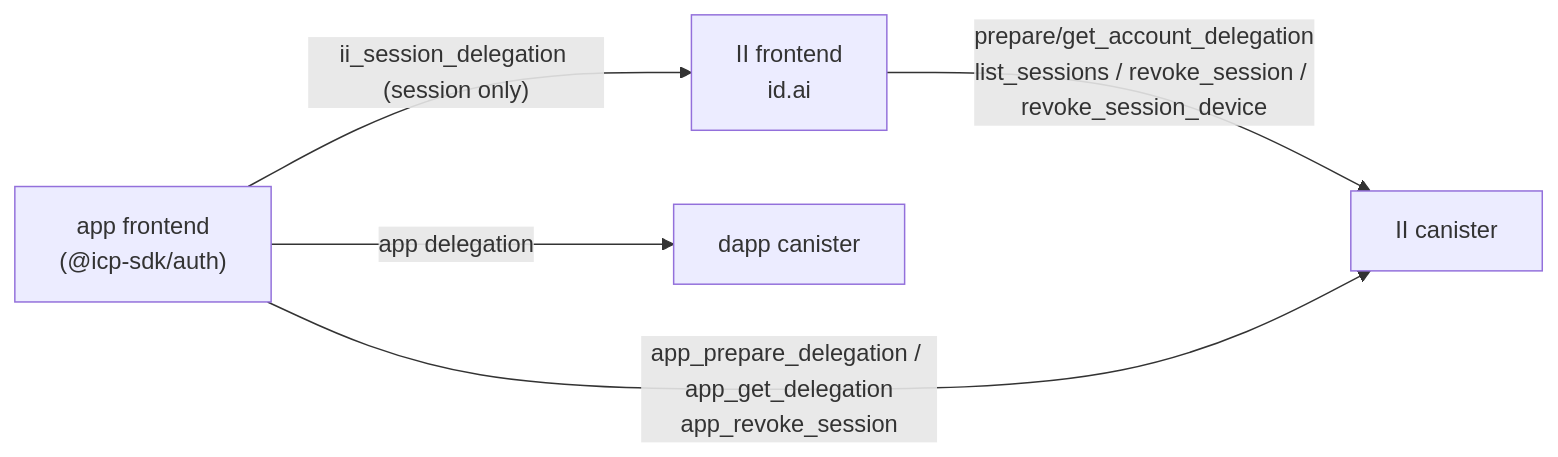
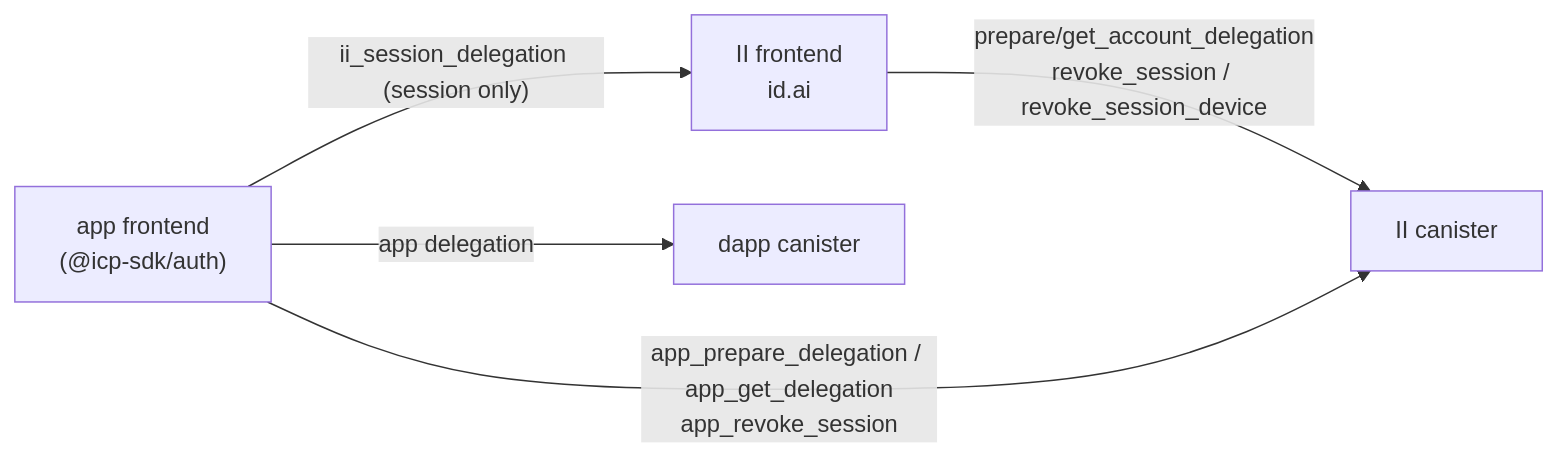
One commit to dfinity/internet-identity changed the first of 7 diagrams in docs/ongoing/revocable-app-sessions.md. Above: the diagram before and after it, drawn with Mermaid. The commit also changed other lines of this file, not shown here.

````diff
--- a/docs/ongoing/revocable-app-sessions.md
+++ b/docs/ongoing/revocable-app-sessions.md
@@ -10,12 +66,12 @@
 ```mermaid
 flowchart LR
     App["app frontend<br/>(@icp-sdk/auth)"]
     IIF["II frontend<br/>id.ai"]
     IIC["II canister"]
     DC["dapp canister"]
 
     App -->|"ii_session_delegation (session only)"| IIF
-    IIF -->|"prepare/get_account_delegation<br/>list_sessions / revoke_session / revoke_session_device"| IIC
+    IIF -->|"prepare/get_account_delegation<br/>revoke_session / revoke_session_device"| IIC
     App -->|"app_prepare_delegation / app_get_delegation<br/>app_revoke_session"| IIC
     App -->|"app delegation"| DC
 ```
````
